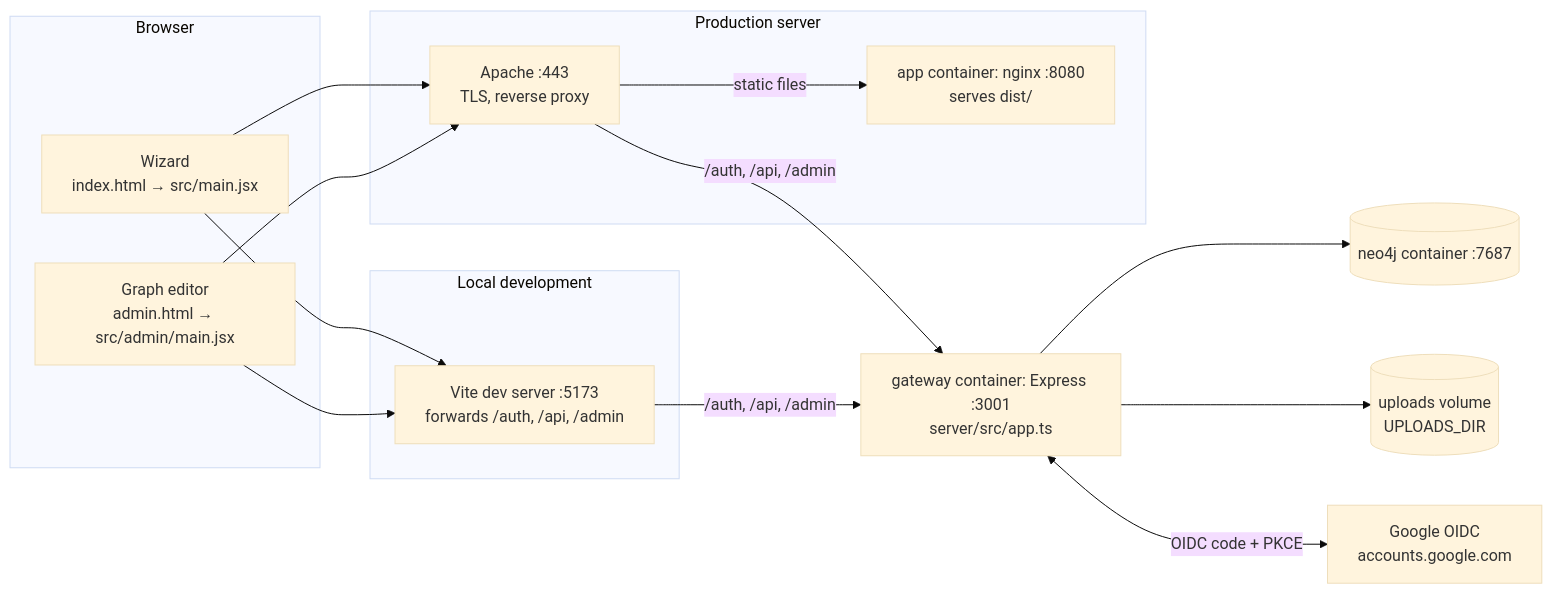
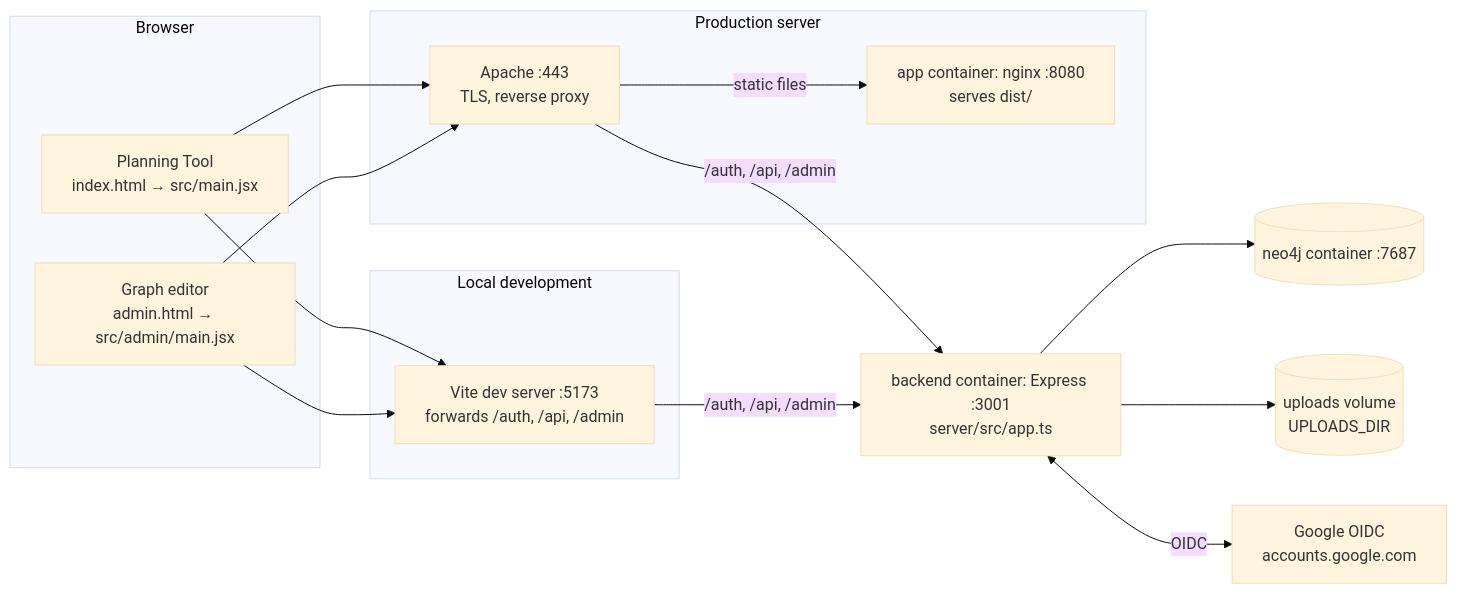
Before and after one commit to INFERable-app/USCCF-digital-planning-tool: the diagram in docs/architecture.md, drawn with Mermaid (base theme). The commit also changed other lines of this file and 10 other files, not shown here.

Commit message:
Call the server the backend in docs and trim the sign-in section

````diff
--- a/docs/architecture.md
+++ b/docs/architecture.md
@@ -12,32 +12,32 @@
 ```mermaid
 flowchart LR
     subgraph Browser
-        W["Wizard<br/>index.html → src/main.jsx"]
+        W["Planning Tool<br/>index.html → src/main.jsx"]
         A["Graph editor<br/>admin.html → src/admin/main.jsx"]
     end
 
     subgraph Dev["Local development"]
         V["Vite dev server :5173<br/>forwards /auth, /api, /admin"]
     end
 
     subgraph Prod["Production server"]
         RP["Apache :443<br/>TLS, reverse proxy"]
         N["app container: nginx :8080<br/>serves dist/"]
     end
 
-    G["gateway container: Express :3001<br/>server/src/app.ts"]
+    G["backend container: Express :3001<br/>server/src/app.ts"]
     DB[("neo4j container :7687")]
     U[("uploads volume<br/>UPLOADS_DIR")]
     GO["Google OIDC<br/>accounts.google.com"]
 
     W --> V
     A --> V
     V -->|"/auth, /api, /admin"| G
     W --> RP
     A --> RP
     RP -->|static files| N
     RP -->|"/auth, /api, /admin"| G
     G --> DB
     G --> U
-    G <-->|"OIDC code + PKCE"| GO
+    G <-->|"OIDC"| GO
 ```
````
